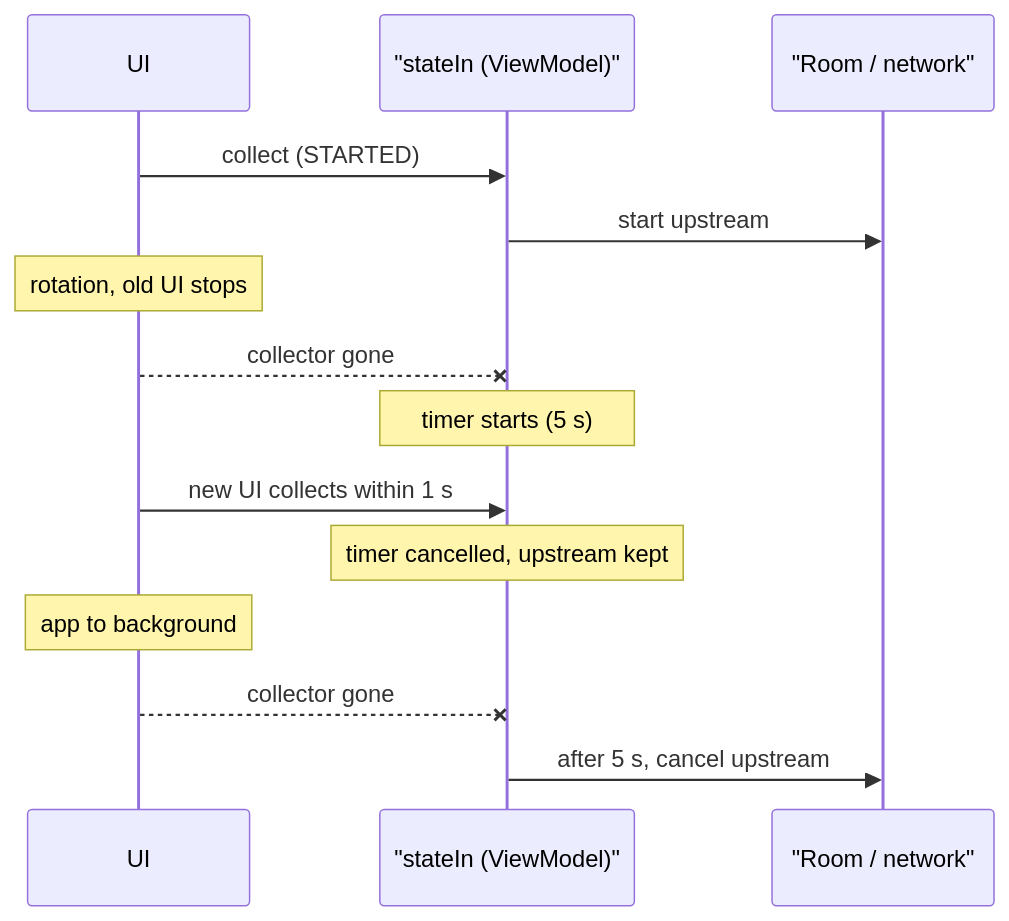
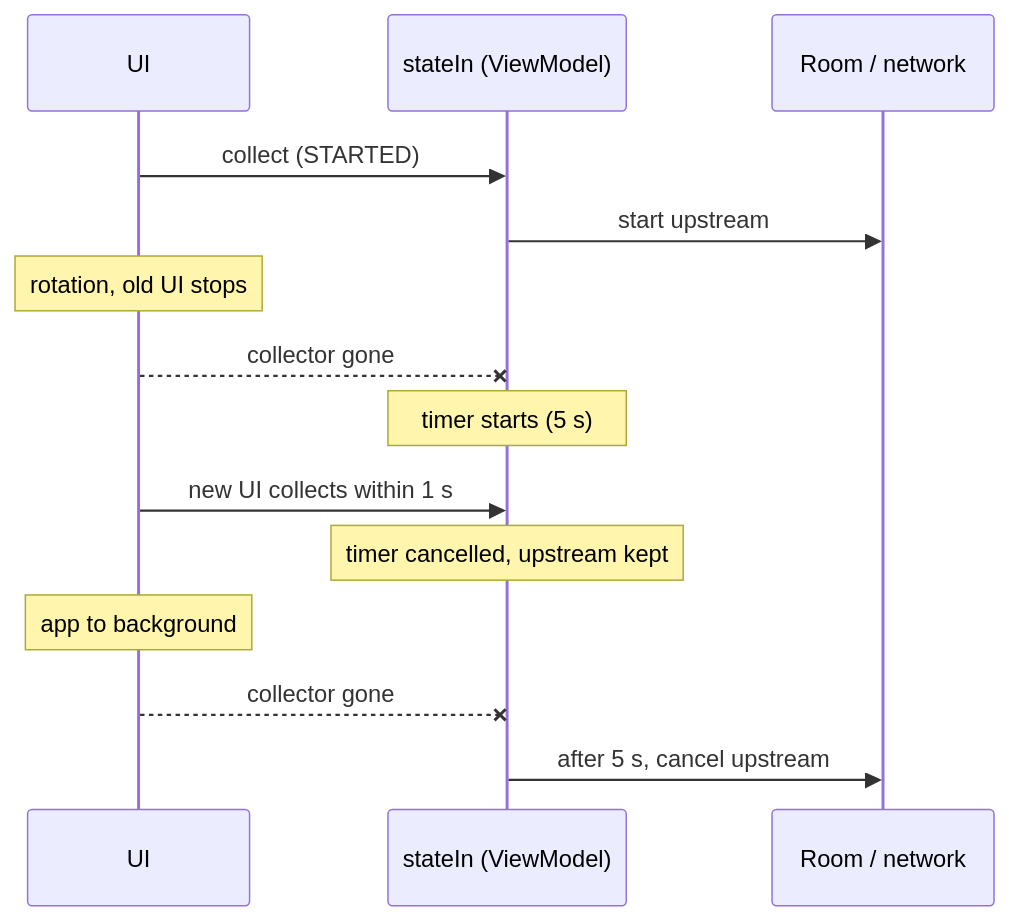
Before and after one commit to AkshayAshokCode/Android-Interview-Questions-cheat-sheet: the third of 6 diagrams in topics/04-flow.md, drawn with Mermaid. The commit also changed other lines of this file and 3 other files, not shown here.

````diff
--- a/topics/04-flow.md
+++ b/topics/04-flow.md
@@ -380,16 +380,16 @@
 ```mermaid
 sequenceDiagram
     participant UI
-    participant VM as "stateIn (ViewModel)"
-    participant Repo as "Room / network"
+    participant VM as stateIn (ViewModel)
+    participant Repo as Room / network
     UI->>VM: collect (STARTED)
     VM->>Repo: start upstream
     Note over UI: rotation, old UI stops
     UI--xVM: collector gone
     Note over VM: timer starts (5 s)
     UI->>VM: new UI collects within 1 s
     Note over VM: timer cancelled, upstream kept
     Note over UI: app to background
     UI--xVM: collector gone
     VM->>Repo: after 5 s, cancel upstream
 ```
````
